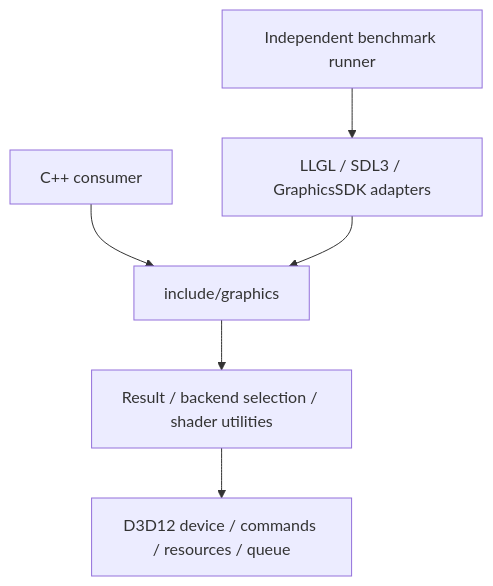
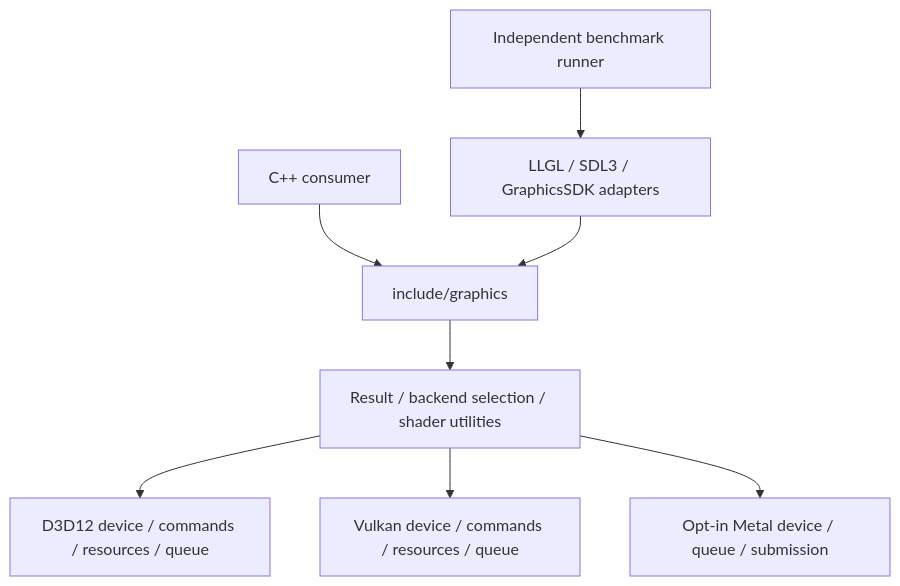
The diagram in docs/ARCHITECTURE.md (blackvrice/GraphicsSDK), drawn with Mermaid before and after one commit. The commit also changed other lines of this file and 15 other files, not shown here.

````diff
--- a/docs/ARCHITECTURE.md
+++ b/docs/ARCHITECTURE.md
@@ -7,8 +7,10 @@
 ```mermaid
 flowchart TD
   Consumer[C++ consumer] --> API[include/graphics]
   API --> Core[Result / backend selection / shader utilities]
   Core --> D3D12[D3D12 device / commands / resources / queue]
+  Core --> Vulkan[Vulkan device / commands / resources / queue]
+  Core --> Metal[Opt-in Metal device / queue / submission]
   Suite[Independent benchmark runner] --> Adapters[LLGL / SDL3 / GraphicsSDK adapters]
   Adapters --> API
 ```
````
